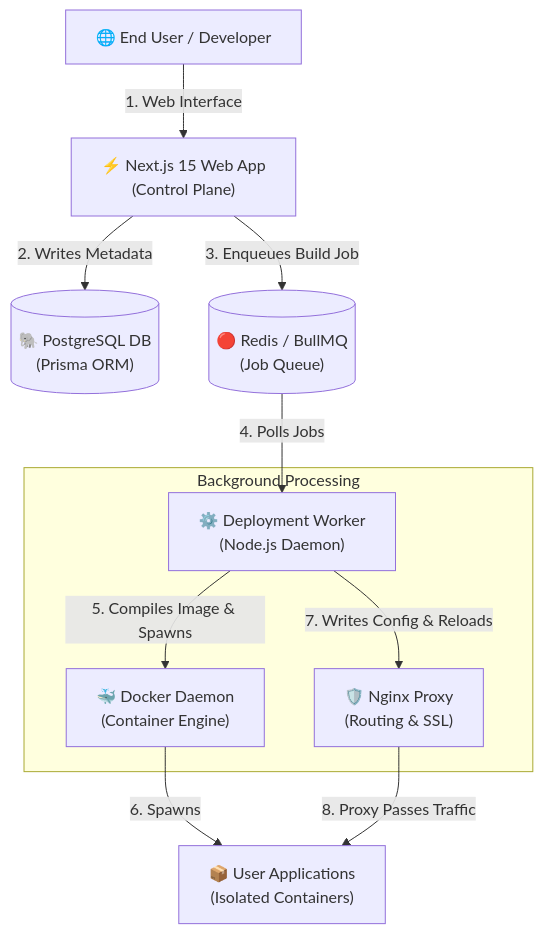
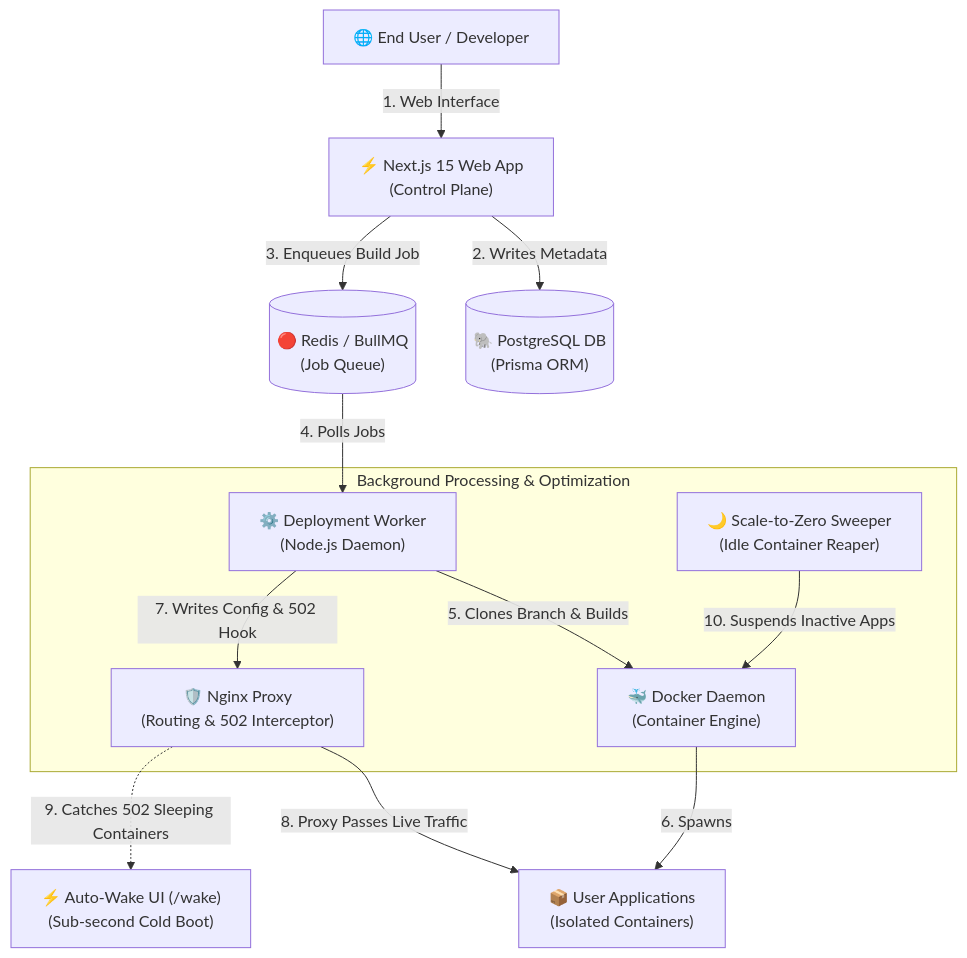
Before and after one commit to atharvabaodhankar/Rovel: the diagram in ROVEL_ARCHITECTURAL_EXPLANATION.md, drawn with Mermaid. The commit also changed other lines of this file and 1 other file, not shown here.

Commit message:
docs: update deployment and architecture guides with Scale-to-Zero and promotion workflows

````diff
--- a/ROVEL_ARCHITECTURAL_EXPLANATION.md
+++ b/ROVEL_ARCHITECTURAL_EXPLANATION.md
@@ -11,18 +11,21 @@
 ```mermaid
 flowchart TD
     User["🌐 End User / Developer"] -->|1. Web Interface| NextJS["⚡ Next.js 15 Web App<br>(Control Plane)"]
     NextJS -->|2. Writes Metadata| Postgres[("🐘 PostgreSQL DB<br>(Prisma ORM)")]
     NextJS -->|3. Enqueues Build Job| Redis[("🔴 Redis / BullMQ<br>(Job Queue)")]
     
-    subgraph Execution ["Background Processing"]
+    subgraph Execution ["Background Processing & Optimization"]
         Worker["⚙️ Deployment Worker<br>(Node.js Daemon)"]
+        Sweeper["🌙 Scale-to-Zero Sweeper<br>(Idle Container Reaper)"]
         Docker["🐳 Docker Daemon<br>(Container Engine)"]
-        Nginx["🛡️ Nginx Proxy<br>(Routing & SSL)"]
+        Nginx["🛡️ Nginx Proxy<br>(Routing & 502 Interceptor)"]
     end
 
     Redis -->|4. Polls Jobs| Worker
-    Worker -->|5. Compiles Image & Spawns| Docker
+    Worker -->|5. Clones Branch & Builds| Docker
     Docker -->|6. Spawns| UserApps["📦 User Applications<br>(Isolated Containers)"]
-    Worker -->|7. Writes Config & Reloads| Nginx
-    Nginx -->|8. Proxy Passes Traffic| UserApps
+    Worker -->|7. Writes Config & 502 Hook| Nginx
+    Nginx -->|8. Proxy Passes Live Traffic| UserApps
+    Nginx -.->|9. Catches 502 Sleeping Containers| WakeUI["⚡ Auto-Wake UI (/wake)<br>(Sub-second Cold Boot)"]
+    Sweeper -->|10. Suspends Inactive Apps| Docker
 ```
````
